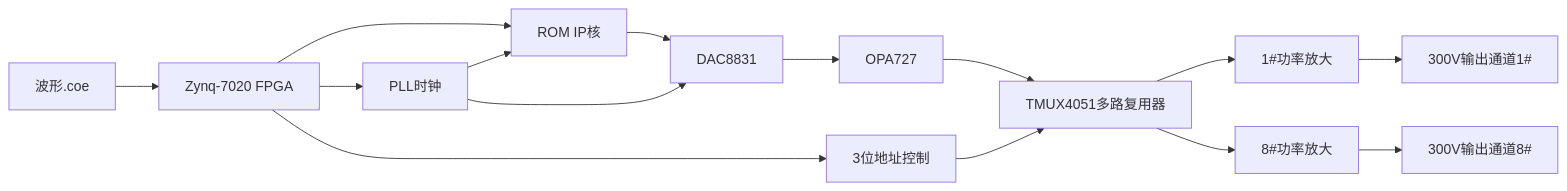
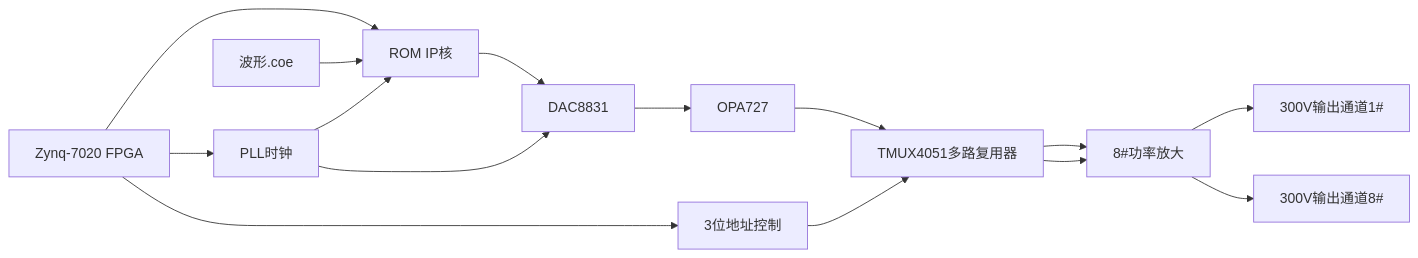
The diagram in all/信号发生.md (Rukawa15/iodraw-files), drawn with Mermaid before and after one commit.

Commit message:
2025-06-19 14:23:23 update

````diff
--- a/all/信号发生.md
+++ b/all/信号发生.md
@@ -1,12 +1,12 @@
 ```mermaid
 graph LR
 A[Zynq-7020 FPGA] --> C[ROM IP核]
-L[波形.coe] --> 
+L[波形.coe] --> C 
 A --> B[PLL时钟] --> C
 C --> D[DAC8831] 
 B --> D[DAC8831] 
 D --> E[OPA727] --> F[TMUX4051多路复用器]
 F --> H[1#功率放大] --> I[300V输出通道1#]
-F --> J[8#功率放大] --> K[300V输出通道8#]
+F --> H[8#功率放大] --> K[300V输出通道8#]
 A --> G[3位地址控制] --> F
 ```
````
